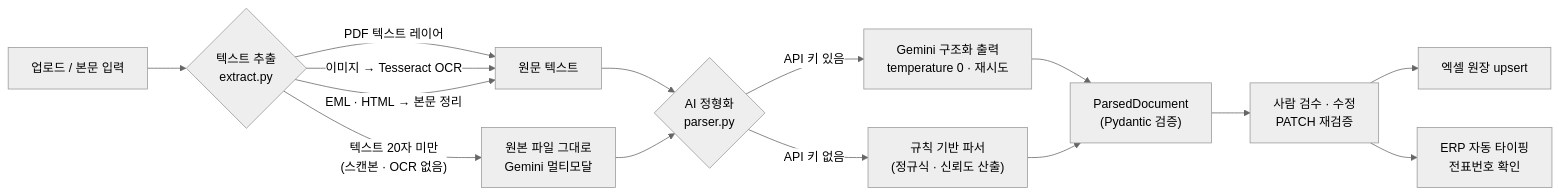
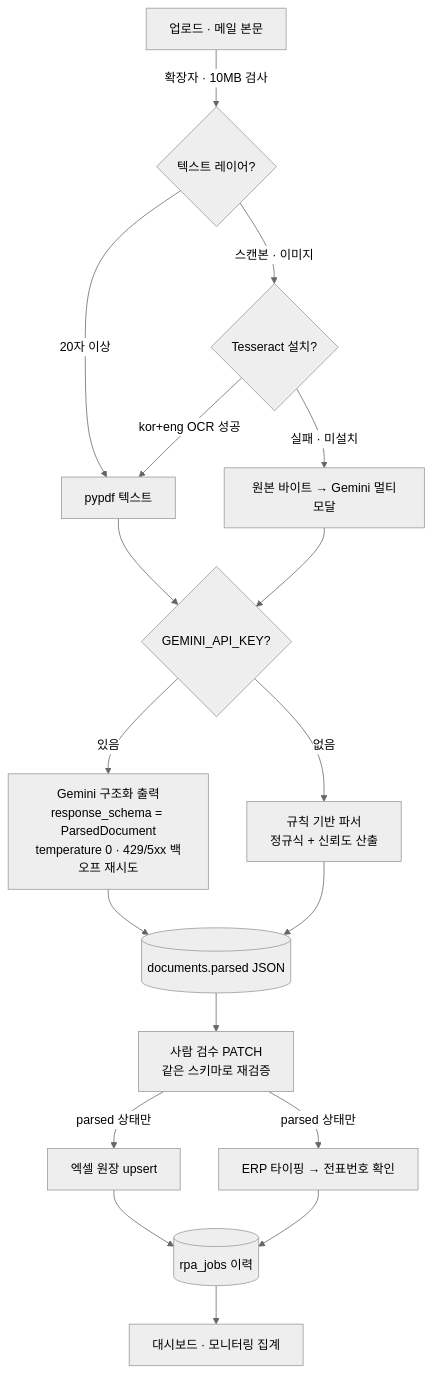
Before and after one commit to fsclass-n/datapick: the second of 2 diagrams in readme.md, drawn with Mermaid (neutral theme). The commit also changed other lines of this file and 1 other file, not shown here.

````diff
--- a/readme.md
+++ b/readme.md
@@ -147,17 +126,20 @@
 ```mermaid
-flowchart LR
-    A["업로드 / 본문 입력"] --> B{"텍스트 추출<br/>extract.py"}
-    B -->|"PDF 텍스트 레이어"| T["원문 텍스트"]
-    B -->|"이미지 → Tesseract OCR"| T
-    B -->|"EML · HTML → 본문 정리"| T
-    B -->|"텍스트 20자 미만<br/>(스캔본 · OCR 없음)"| V["원본 파일 그대로<br/>Gemini 멀티모달"]
-    T --> P{"AI 정형화<br/>parser.py"}
+flowchart TD
+    A[업로드 · 메일 본문] -->|확장자 · 10MB 검사| B{텍스트 레이어?}
+    B -->|20자 이상| T[pypdf 텍스트]
+    B -->|스캔본 · 이미지| C{Tesseract 설치?}
+    C -->|kor+eng OCR 성공| T
+    C -->|실패 · 미설치| V[원본 바이트 → Gemini 멀티모달]
+    T --> P{GEMINI_API_KEY?}
     V --> P
-    P -->|"API 키 있음"| G["Gemini 구조화 출력<br/>temperature 0 · 재시도"]
-    P -->|"API 키 없음"| R["규칙 기반 파서<br/>(정규식 · 신뢰도 산출)"]
-    G --> S["ParsedDocument<br/>(Pydantic 검증)"]
-    R --> S
-    S --> H["사람 검수 · 수정<br/>PATCH 재검증"]
-    H --> X["엑셀 원장 upsert"]
-    H --> E["ERP 자동 타이핑<br/>전표번호 확인"]
+    P -->|있음| G["Gemini 구조화 출력<br/>response_schema = ParsedDocument<br/>temperature 0 · 429/5xx 백오프 재시도"]
+    P -->|없음| RB[규칙 기반 파서<br/>정규식 + 신뢰도 산출]
+    G --> D[(documents.parsed JSON)]
+    RB --> D
+    D --> H[사람 검수 PATCH<br/>같은 스키마로 재검증]
+    H -->|parsed 상태만| X[엑셀 원장 upsert]
+    H -->|parsed 상태만| E[ERP 타이핑 → 전표번호 확인]
+    X --> J[(rpa_jobs 이력)]
+    E --> J
+    J --> M[대시보드 · 모니터링 집계]
 ```
````
